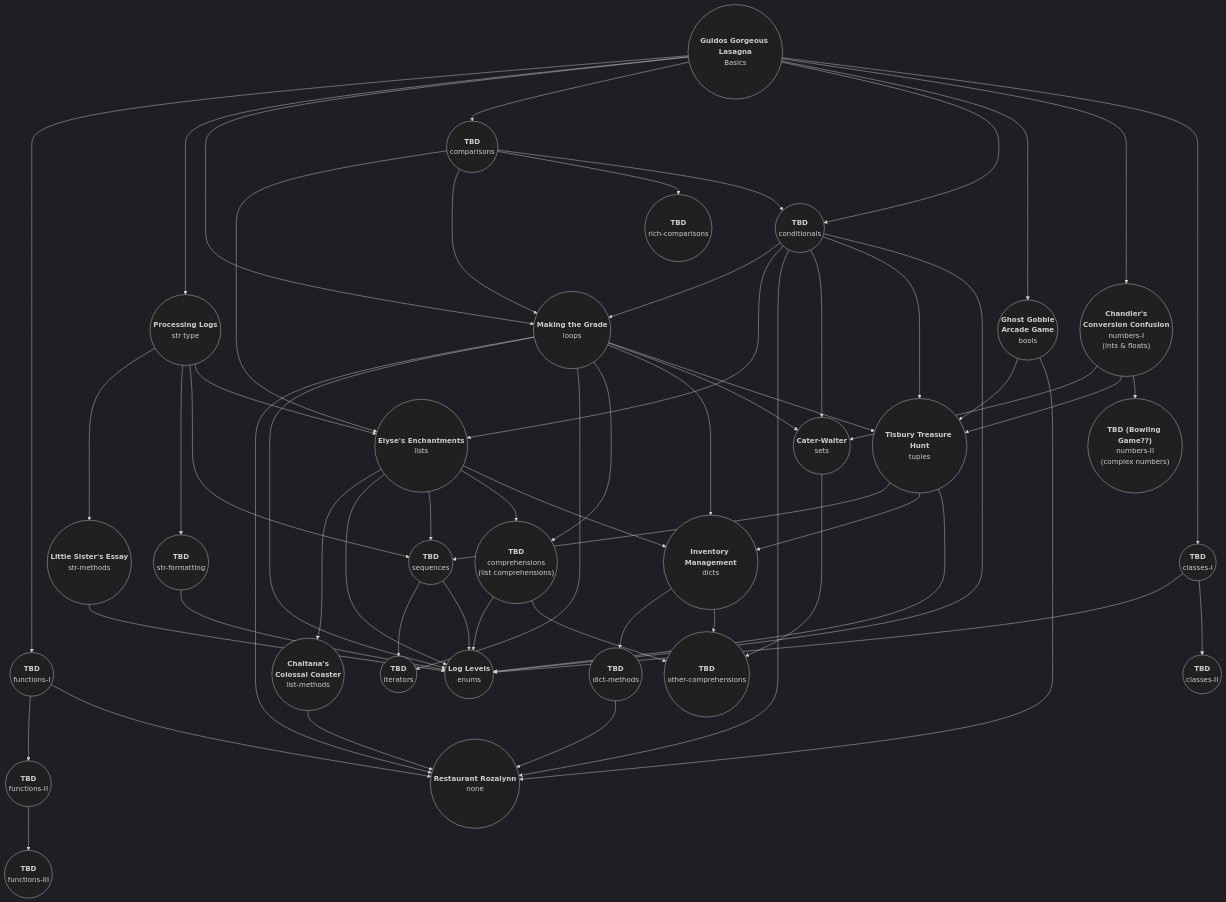
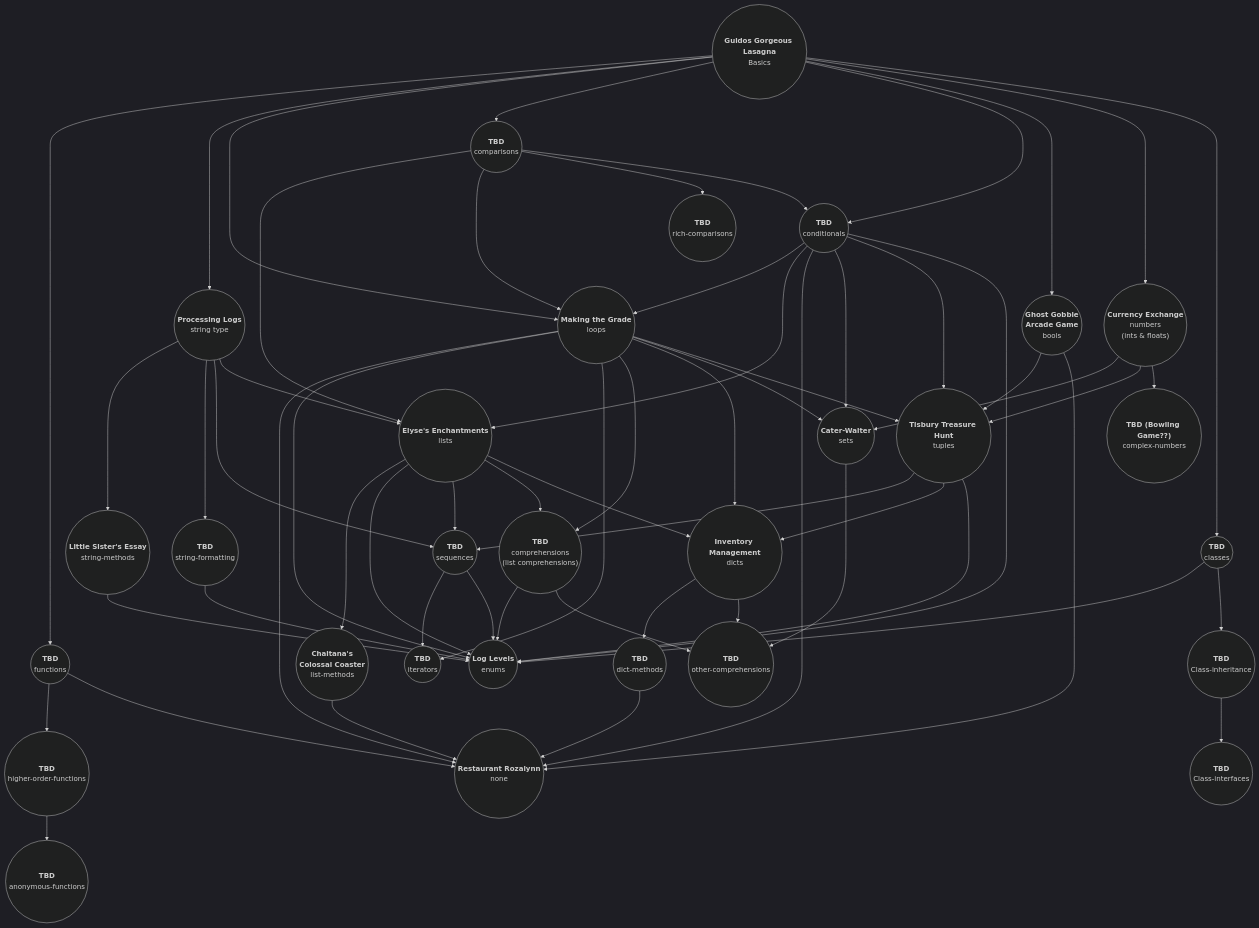
Before and after one commit to exercism/v3: the diagram in languages/python/exercises/README.md, drawn with Mermaid (dark theme). The commit also changed other lines of this file, not shown here.

Commit message:
Changed the name of str related concepts and numbers related concepts.  Updated numbers exercise info.

````diff
--- a/languages/python/exercises/README.md
+++ b/languages/python/exercises/README.md
@@ -25,59 +25,61 @@
 ```mermaid
 flowchart TD
 
 %%concepts & exercise names (node lables)
 Basics((<b>Guidos Gorgeous Lasagna</b><br>Basics))
 bools((<b>Ghost Gobble<br>Arcade Game</b><br>bools))
-classes-I((<b>TBD</b><br>classes-I))
-classes-II((<b>TBD</b><br>classes-II))
+classes((<b>TBD</b><br>classes))
+Class-inheritance((<b>TBD</b><br>Class-inheritance))
+Class-interfaces((<b>TBD</b><br>Class-interfaces))
 comparisons((<b>TBD</b><br>comparisons))
 comprehensions(("<b>TBD</b><br>comprehensions<br>(list comprehensions)"))
 other-comprehensions((<b>TBD</b><br>other-comprehensions))
 conditionals((<b>TBD</b><br>conditionals))
 dicts((<b>Inventory Management</b><br>dicts))
 dict-methods((<b>TBD</b><br>dict-methods))
 enums((<b>Log Levels</b><br>enums))
-functions-I((<b>TBD</b><br>functions-I))
-functions-II((<b>TBD</b><br>functions-II))
-functions-III((<b>TBD</b><br>functions-III))
+functions((<b>TBD</b><br>functions))
+higher-order-functions((<b>TBD</b><br>higher-order-functions))
+anonymous-functions((<b>TBD</b><br>anonymous-functions))
 iterators((<b>TBD</b><br>iterators))
 lists((<b>Elyse's Enchantments</b><br>lists))
 list-methods((<b>Chaitana's<br>Colossal Coaster</b><br>list-methods))
 loops((<b>Making the Grade</b><br>loops))
 none((<b>Restaurant Rozalynn</b><br>none))
-numbers-I(("<b>Chandler's<br>Conversion Confusion</b><br>numbers-I<br>(ints & floats)"))
-numbers-II(("<b>TBD (Bowling Game??)</b><br>numbers-II<br>(complex numbers)"))
+numbers(("<b>Currency Exchange</b><br>numbers<br>(ints & floats)"))
+complex-numbers(("<b>TBD (Bowling Game??)</b><br>complex-numbers"))
 rich-comparisons((<b>TBD</b><br>rich-comparisons))
 sequences((<b>TBD</b><br>sequences))
 sets((<b>Cater-Waiter</b><br>sets))
-str((<b>Processing Logs</b> <br>str type))
-str-formatting((<b>TBD</b> <br>str-formatting))
-str-methods((<b>Little Sister's Essay</b><br>str-methods))
+strings((<b>Processing Logs</b> <br>string type))
+string-formatting((<b>TBD</b> <br>string-formatting))
+string-methods((<b>Little Sister's Essay</b><br>string-methods))
 tuples((<b>Tisbury Treasure Hunt</b><br>tuples))
 
 
 %%exercise prerequisites (node relations)
-Basics --> functions-I & str & loops & comparisons & conditionals & bools
-Basics --> numbers-I & classes-I
+Basics --> functions & strings & loops & comparisons & conditionals & bools
+Basics --> numbers & classes
 
 bools --> tuples & none
-classes-I --> enums & classes-II
+classes --> enums & Class-inheritance
 comparisons --> lists & loops
 comparisons --> rich-comparisons & conditionals
 comprehensions --> enums & other-comprehensions
 conditionals --> loops & lists & none & sets & tuples & enums
+Class-inheritance --> Class-interfaces
 dicts --> dict-methods & other-comprehensions
 dict-methods --> none
-functions-I --> functions-II & none
-functions-II --> functions-III
+functions --> higher-order-functions & none
+higher-order-functions --> anonymous-functions
 lists --> list-methods & enums & sequences & comprehensions & dicts
 list-methods --> none
 loops --> none & enums & iterators & comprehensions & dicts & sets & tuples
-numbers-I -->  sets & tuples & numbers-II
+numbers -->  sets & tuples & complex-numbers
 sequences --> iterators & enums
 sets --> other-comprehensions
-str --> str-methods & str-formatting
-str --> sequences & lists
-str-methods & str-formatting --> enums
+strings --> string-methods & string-formatting
+strings --> sequences & lists
+string-methods & string-formatting --> enums
 tuples --> sequences & dicts & enums
 ```
````
